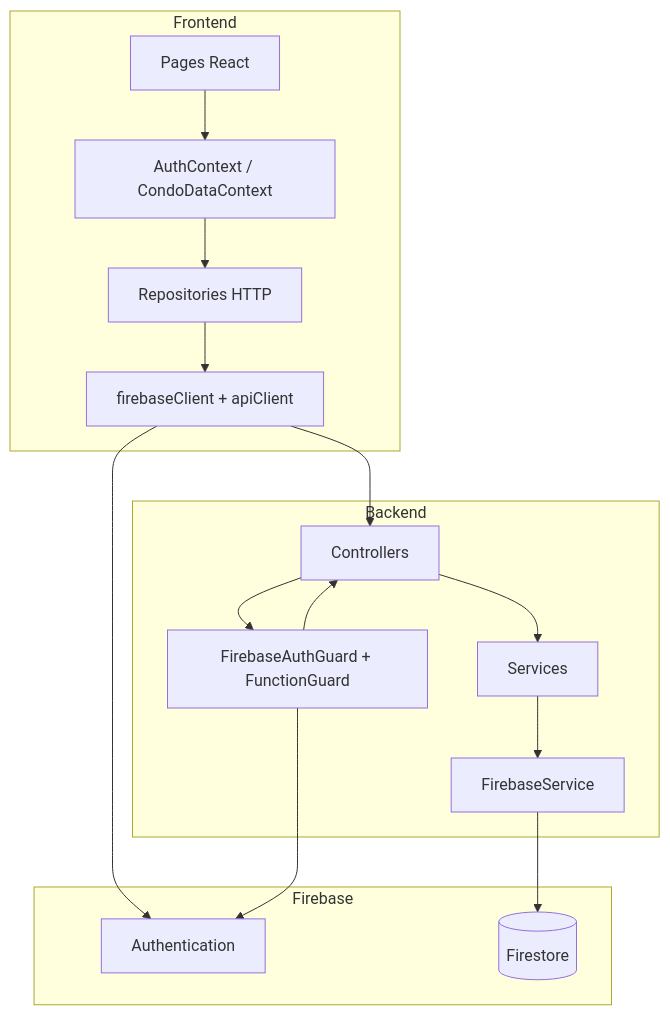
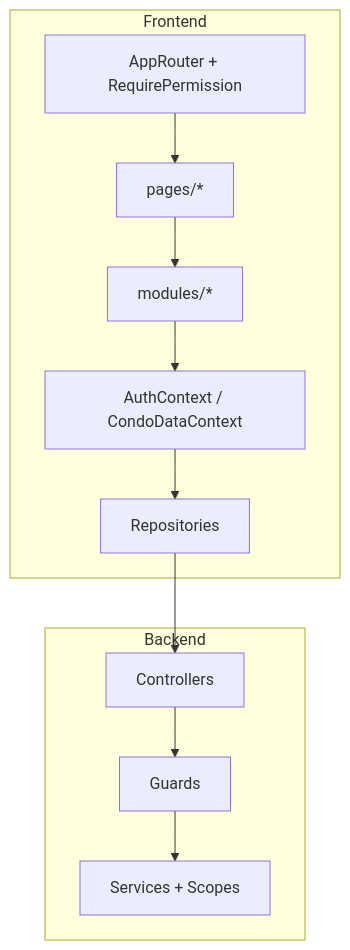
One commit to vyzin-app/vyzin changed the sixth of 6 diagrams in docs/CASOS_DE_USO.md. Above: the diagram before and after it, drawn with Mermaid. The commit also changed other lines of this file and 9 other files, not shown here.

````diff
--- a/docs/CASOS_DE_USO.md
+++ b/docs/CASOS_DE_USO.md
@@ -332,33 +247,21 @@
 ```mermaid
 flowchart TB
   subgraph Frontend
-    Pages[Pages React]
+    Router[AppRouter + RequirePermission]
+    Pages[pages/*]
+    Modules[modules/*]
     Ctx[AuthContext / CondoDataContext]
-    Repo[Repositories HTTP]
-    Infra[firebaseClient + apiClient]
+    Repo[Repositories]
   end
 
   subgraph Backend
-    Guards[FirebaseAuthGuard + FunctionGuard]
+    Guards[Guards]
     Ctrl[Controllers]
-    Svc[Services]
-    FB[FirebaseService]
+    Svc[Services + Scopes]
   end
 
-  subgraph Firebase
-    Auth[Authentication]
-    FS[(Firestore)]
-  end
-
-  Pages --> Ctx
-  Ctx --> Repo
-  Repo --> Infra
-  Infra --> Auth
-  Infra --> Ctrl
-  Ctrl --> Guards
-  Guards --> Ctrl
-  Ctrl --> Svc
-  Svc --> FB
-  FB --> FS
-  Guards --> Auth
+  Pages --> Modules --> Ctx --> Repo
+  Router --> Pages
+  Repo --> Ctrl
+  Ctrl --> Guards --> Svc
 ```
````
